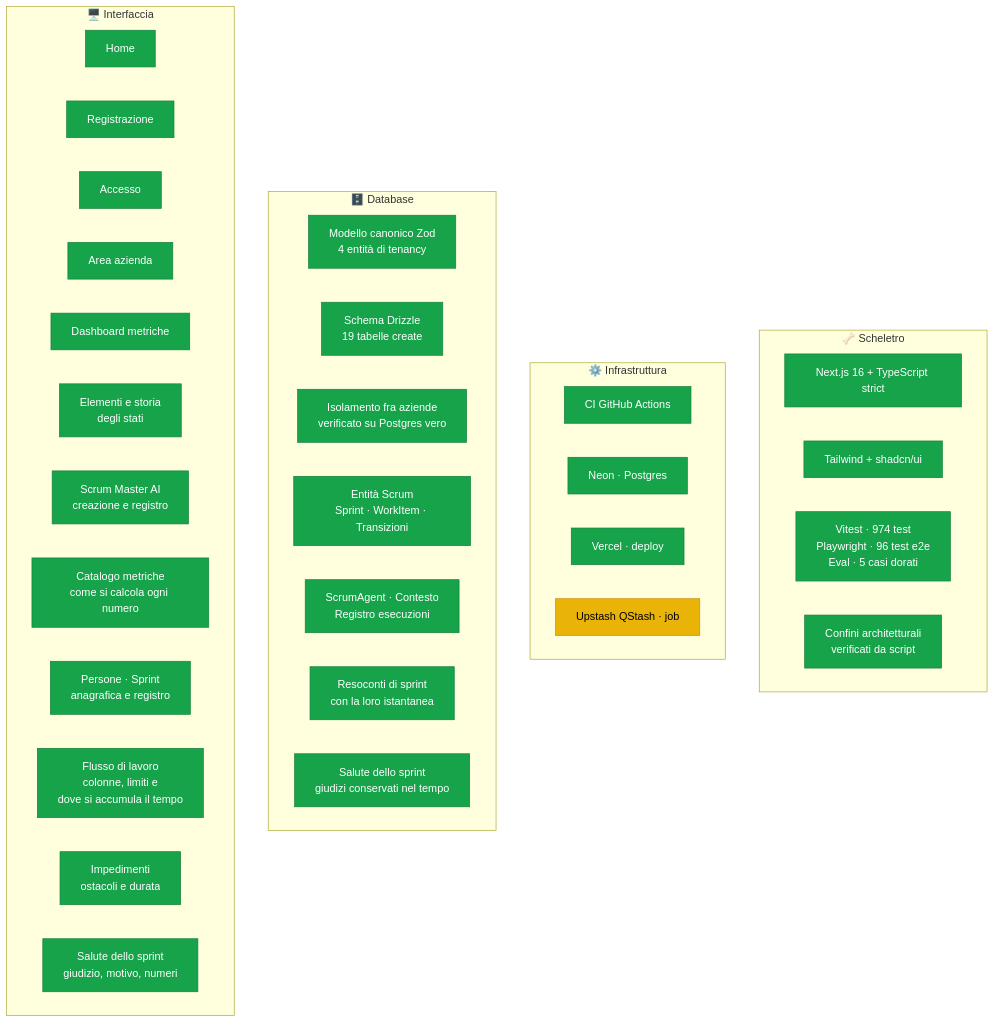
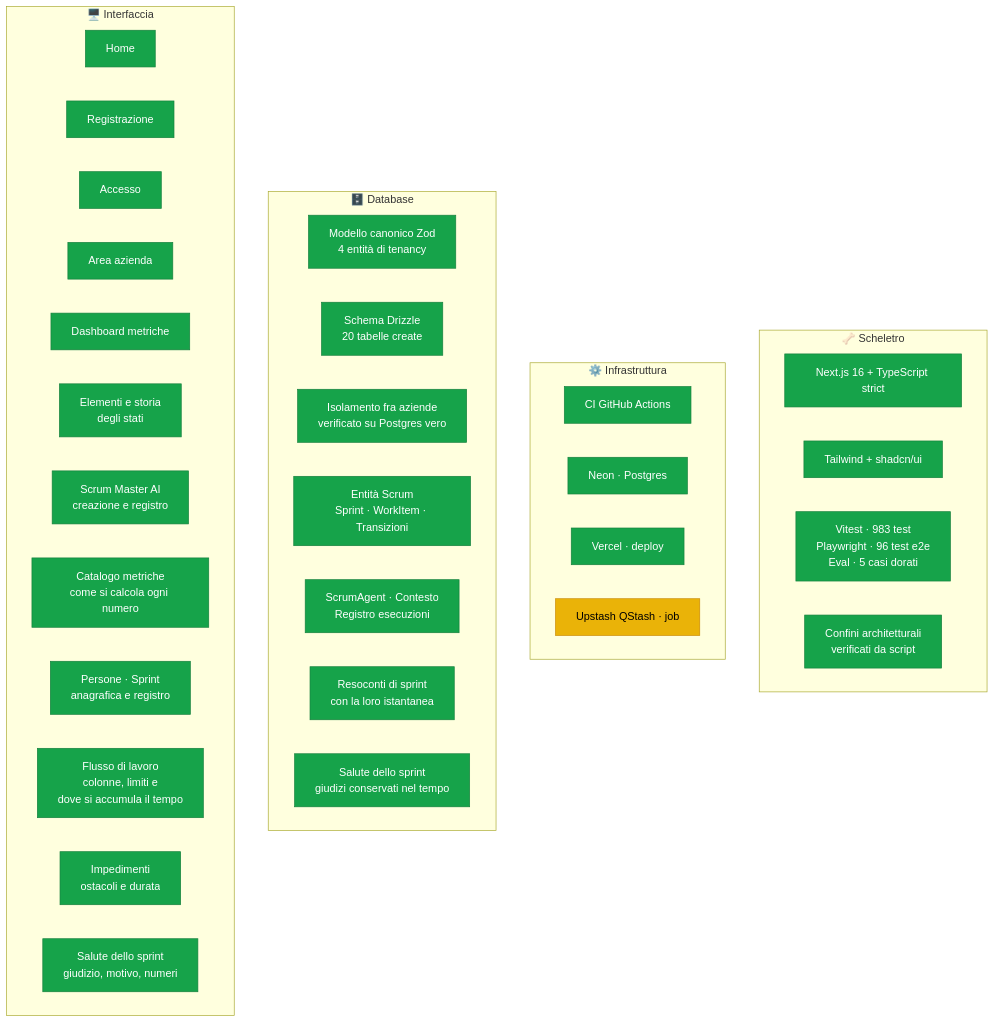
The first of 3 diagrams in docs/stato-progetto.md (dibari62/scrum-master-ai), drawn with Mermaid before and after one commit. The commit also changed other lines of this file and 16 other files, not shown here.

````diff
--- a/docs/stato-progetto.md
+++ b/docs/stato-progetto.md
@@ -16,51 +16,51 @@
 ```mermaid
 graph TB
     subgraph SCH["🦴 Scheletro"]
         S1["Next.js 16 + TypeScript strict"]
         S2["Tailwind + shadcn/ui"]
-        S3["Vitest · 974 test<br/>Playwright · 96 test e2e<br/>Eval · 5 casi dorati"]
+        S3["Vitest · 983 test<br/>Playwright · 96 test e2e<br/>Eval · 5 casi dorati"]
         S4["Confini architetturali<br/>verificati da script"]
     end
 
     subgraph INF["⚙️ Infrastruttura"]
         I1["CI GitHub Actions"]
         I2["Neon · Postgres"]
         I3["Vercel · deploy"]
         I4["Upstash QStash · job"]
     end
 
     subgraph DB["🗄️ Database"]
         D1["Modello canonico Zod<br/>4 entità di tenancy"]
-        D2["Schema Drizzle<br/>19 tabelle create"]
+        D2["Schema Drizzle<br/>20 tabelle create"]
         D3["Isolamento fra aziende<br/>verificato su Postgres vero"]
         D4["Entità Scrum<br/>Sprint · WorkItem · Transizioni"]
         D5["ScrumAgent · Contesto<br/>Registro esecuzioni"]
         D6["Resoconti di sprint<br/>con la loro istantanea"]
         D7["Salute dello sprint<br/>giudizi conservati nel tempo"]
     end
 
     subgraph UI["🖥️ Interfaccia"]
         U1["Home"]
         U2["Registrazione"]
         U3["Accesso"]
         U4["Area azienda"]
         U5["Dashboard metriche"]
         U7["Elementi e storia<br/>degli stati"]
         U6["Scrum Master AI<br/>creazione e registro"]
         U8["Catalogo metriche<br/>come si calcola ogni numero"]
         U9["Persone · Sprint<br/>anagrafica e registro"]
         U10["Flusso di lavoro<br/>colonne, limiti e<br/>dove si accumula il tempo"]
         U11["Impedimenti<br/>ostacoli e durata"]
         U12["Salute dello sprint<br/>giudizio, motivo, numeri"]
     end
 
     classDef fatto fill:#16a34a,stroke:#15803d,color:#fff
     classDef corso fill:#eab308,stroke:#ca8a04,color:#000
     classDef todo fill:#e5e7eb,stroke:#9ca3af,color:#6b7280
 
     class S1,S2,S3,S4 fatto
     class I1,I2,I3 fatto
     class I4 corso
     class D1,D2,D3,D4,D5,D6,D7 fatto
     class U1,U2,U3,U4,U5,U6,U7,U8,U9,U10,U11,U12 fatto
 ```
````
